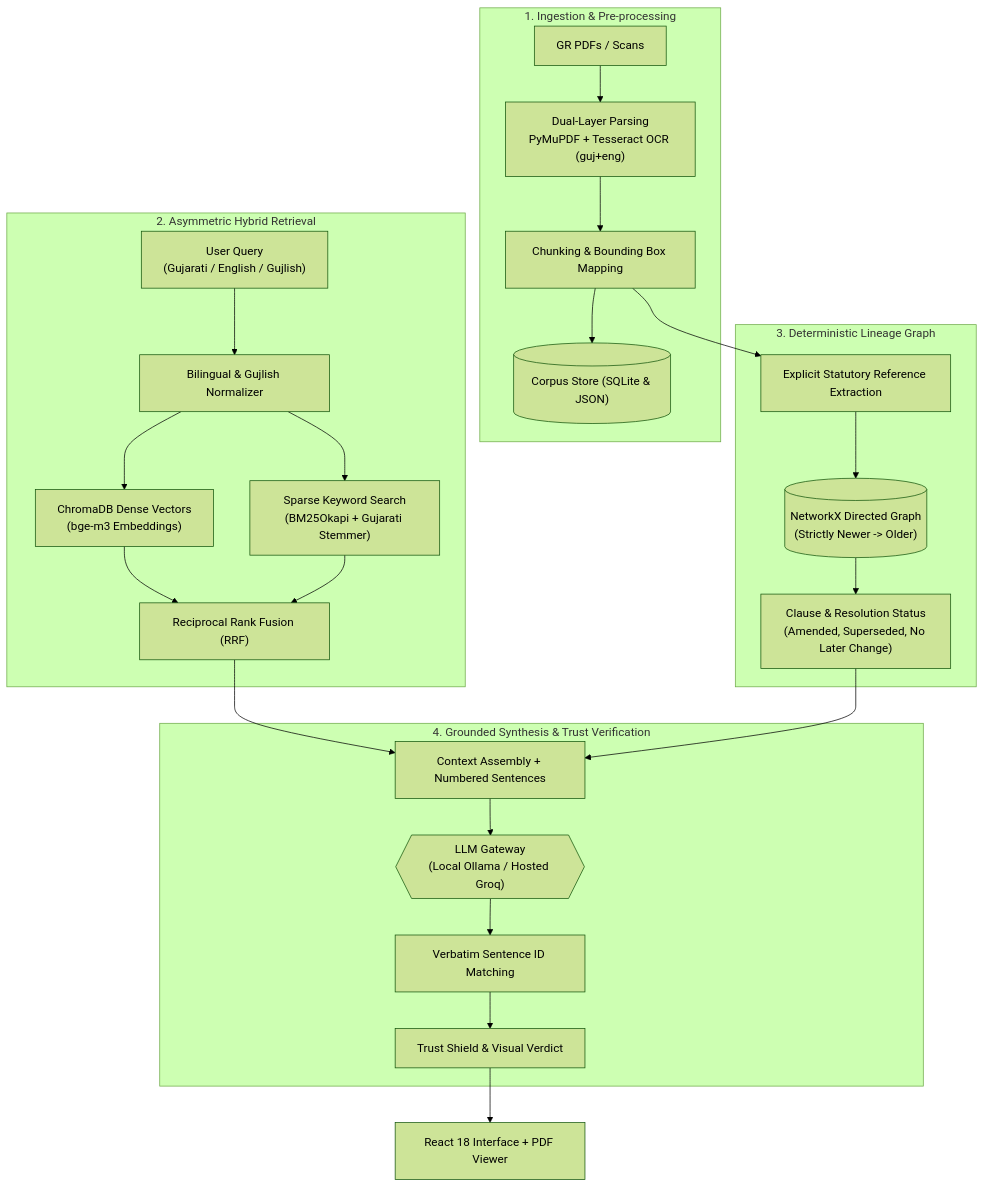
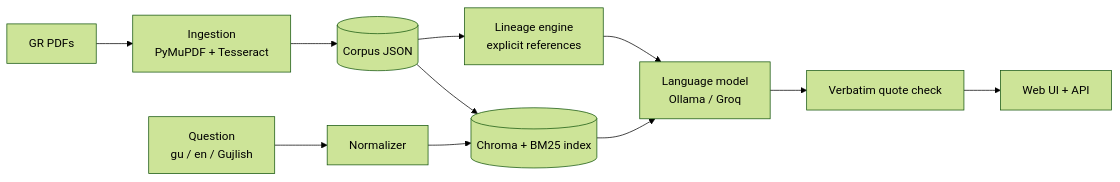
One commit to Vivek-Maheshwari-07/GovResolve-AI changed the diagram in README.md. Above: the diagram before and after it, drawn with Mermaid (forest theme). The commit also changed other lines of this file and 12 other files, not shown here.

````diff
--- a/README.md
+++ b/README.md
@@ -31,31 +29,13 @@
 ```mermaid
-flowchart TD
-    subgraph INGEST["1. Ingestion & Pre-processing"]
-        PDF["GR PDFs / Scans"] --> DUAL["Dual-Layer Parsing<br/>PyMuPDF + Tesseract OCR (guj+eng)"]
-        DUAL --> CHUNKS["Chunking & Bounding Box Mapping"]
-        CHUNKS --> SQLITE[("Corpus Store (SQLite & JSON)")]
-    end
-
-    subgraph RETRIEVAL["2. Asymmetric Hybrid Retrieval"]
-        Q["User Query<br/>(Gujarati / English / Gujlish)"] --> NORM["Bilingual & Gujlish Normalizer"]
-        NORM --> DENSE["ChromaDB Dense Vectors<br/>(bge-m3 Embeddings)"]
-        NORM --> SPARSE["Sparse Keyword Search<br/>(BM25Okapi + Gujarati Stemmer)"]
-        DENSE & SPARSE --> RRF["Reciprocal Rank Fusion (RRF)"]
-    end
-
-    subgraph LINEAGE["3. Deterministic Lineage Graph"]
-        CHUNKS --> REGEX["Explicit Statutory Reference Extraction"]
-        REGEX --> GRAPH[("NetworkX Directed Graph<br/>(Strictly Newer -> Older)")]
-        GRAPH --> STATUS["Clause & Resolution Status<br/>(Amended, Superseded, No Later Change)"]
-    end
-
-    subgraph GENERATION["4. Grounded Synthesis & Trust Verification"]
-        RRF --> PROMPT["Context Assembly + Numbered Sentences"]
-        STATUS --> PROMPT
-        PROMPT --> LLM{{"LLM Gateway<br/>(Local Ollama / Hosted Groq)"}}
-        LLM --> V_CHECK["Verbatim Sentence ID Matching"]
-        V_CHECK --> SHIELD["Trust Shield & Visual Verdict"]
-    end
-
-    SHIELD --> UI["React 18 Interface + PDF Viewer"]
+flowchart LR
+    PDF["GR PDFs"] --> ING["Ingestion<br/>PyMuPDF + Tesseract"]
+    ING --> CORPUS[("Corpus JSON")]
+    CORPUS --> IDX[("Chroma + BM25 index")]
+    CORPUS --> LIN["Lineage engine<br/>explicit references"]
+    Q["Question<br/>gu / en / Gujlish"] --> NORM["Normalizer"]
+    NORM --> IDX
+    IDX --> LLM["Language model<br/>Ollama / Groq"]
+    LIN --> LLM
+    LLM --> CHECK["Verbatim quote check"]
+    CHECK --> UI["Web UI + API"]
 ```
````
